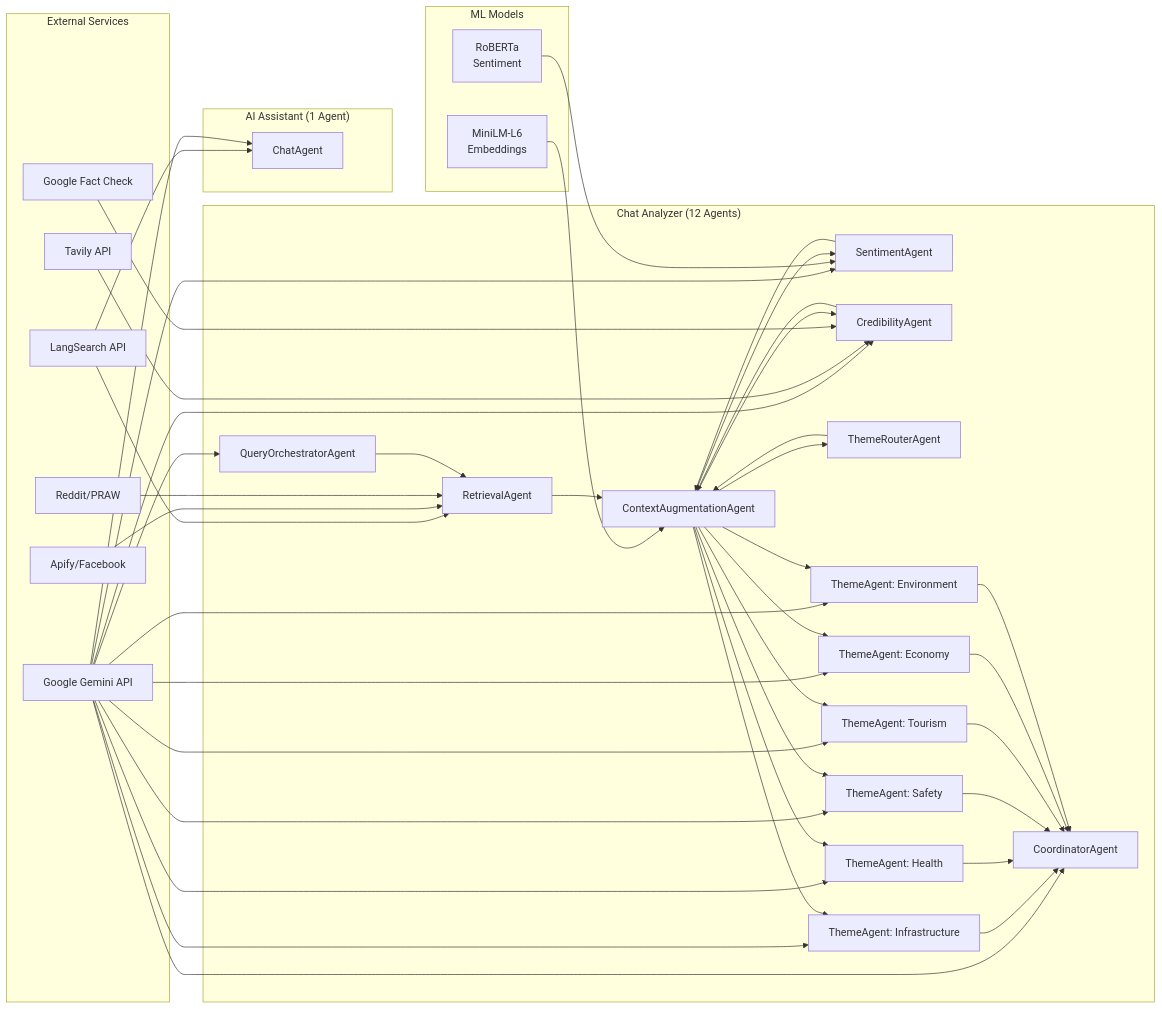
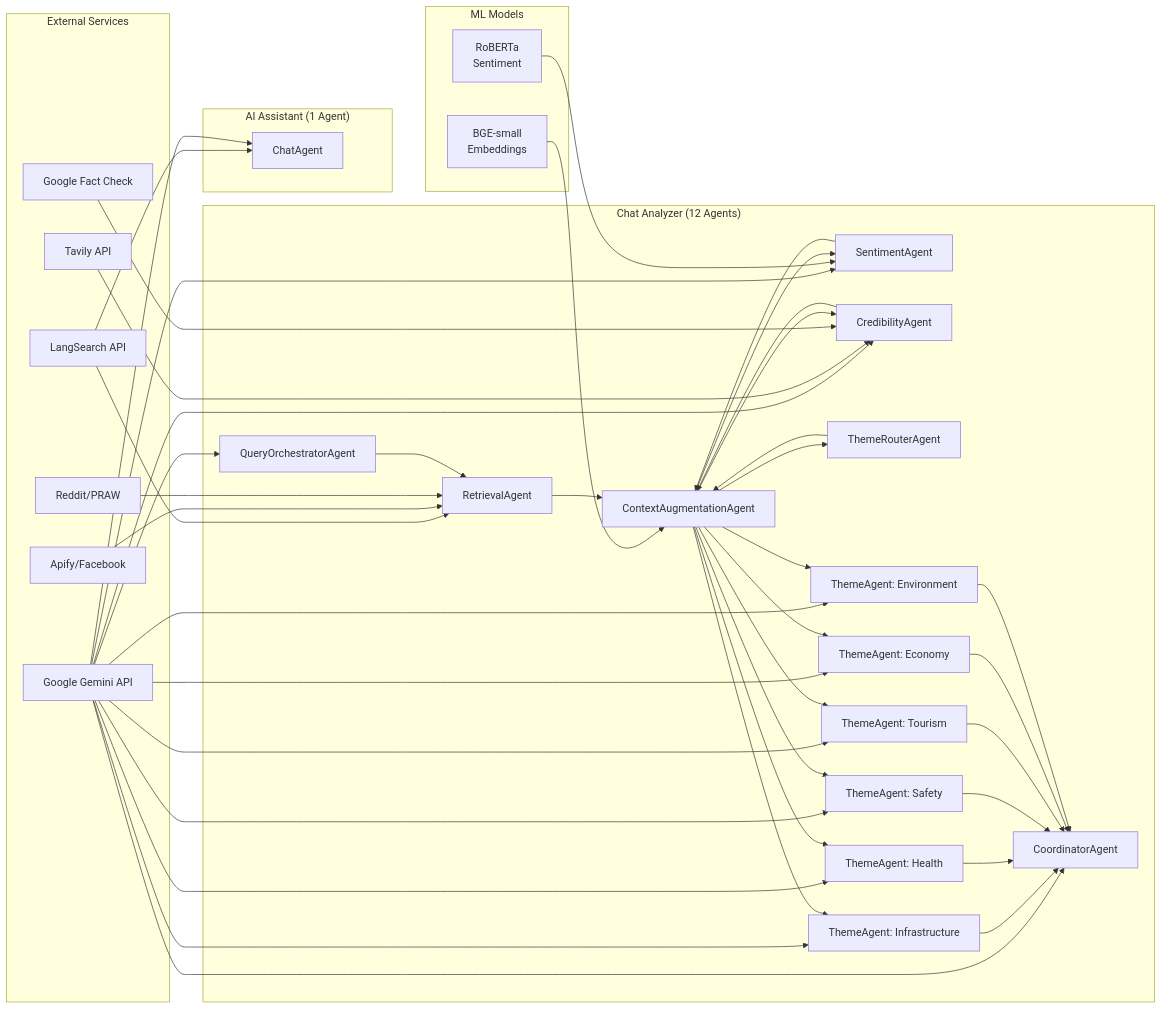
The seventh of 8 diagrams in docs/CHAT_ARCHITECTURE.md (donyelqt/Hinaing), drawn with Mermaid before and after one commit. The commit also changed other lines of this file and 34 other files, not shown here.

````diff
--- a/docs/CHAT_ARCHITECTURE.md
+++ b/docs/CHAT_ARCHITECTURE.md
@@ -412,51 +412,51 @@
 ```mermaid
 graph LR
     subgraph External["External Services"]
         LS[LangSearch API]
         GEMINI[Google Gemini API]
         APIFY[Apify/Facebook]
         PRAW[Reddit/PRAW]
         TAVILY[Tavily API]
         GFACT[Google Fact Check]
     end
 
     subgraph Models["ML Models"]
         ROBERTA[RoBERTa<br/>Sentiment]
-        MINILM[MiniLM-L6<br/>Embeddings]
+        BGE[BGE-small<br/>Embeddings]
     end
 
     subgraph ChatAnalyze["Chat Analyzer (12 Agents)"]
         CA_QO[QueryOrchestratorAgent]
         CA_RA[RetrievalAgent]
         CA_CTX[ContextAugmentationAgent]
         CA_SA[SentimentAgent]
         CA_CR[CredibilityAgent]
         CA_TR[ThemeRouterAgent]
         CA_T1[ThemeAgent: Infrastructure]
         CA_T2[ThemeAgent: Health]
         CA_T3[ThemeAgent: Safety]
         CA_T4[ThemeAgent: Tourism]
         CA_T5[ThemeAgent: Economy]
         CA_T6[ThemeAgent: Environment]
         CA_CO[CoordinatorAgent]
     end
 
     subgraph AIAssistant["AI Assistant (1 Agent)"]
         AA_AG[ChatAgent]
     end
 
     LS --> CA_RA & AA_AG
     APIFY --> CA_RA
     PRAW --> CA_RA
     GEMINI --> CA_QO & CA_SA & CA_CR & CA_T1 & CA_T2 & CA_T3 & CA_T4 & CA_T5 & CA_T6 & CA_CO & AA_AG
     TAVILY --> CA_CR
     GFACT --> CA_CR
     ROBERTA --> CA_SA
-    MINILM --> CA_CTX
+    BGE --> CA_CTX
 
     CA_QO --> CA_RA --> CA_CTX
     CA_CTX --> CA_SA & CA_CR & CA_TR
     CA_SA & CA_CR & CA_TR --> CA_CTX
     CA_CTX --> CA_T1 & CA_T2 & CA_T3 & CA_T4 & CA_T5 & CA_T6
     CA_T1 & CA_T2 & CA_T3 & CA_T4 & CA_T5 & CA_T6 --> CA_CO
 ```
````
